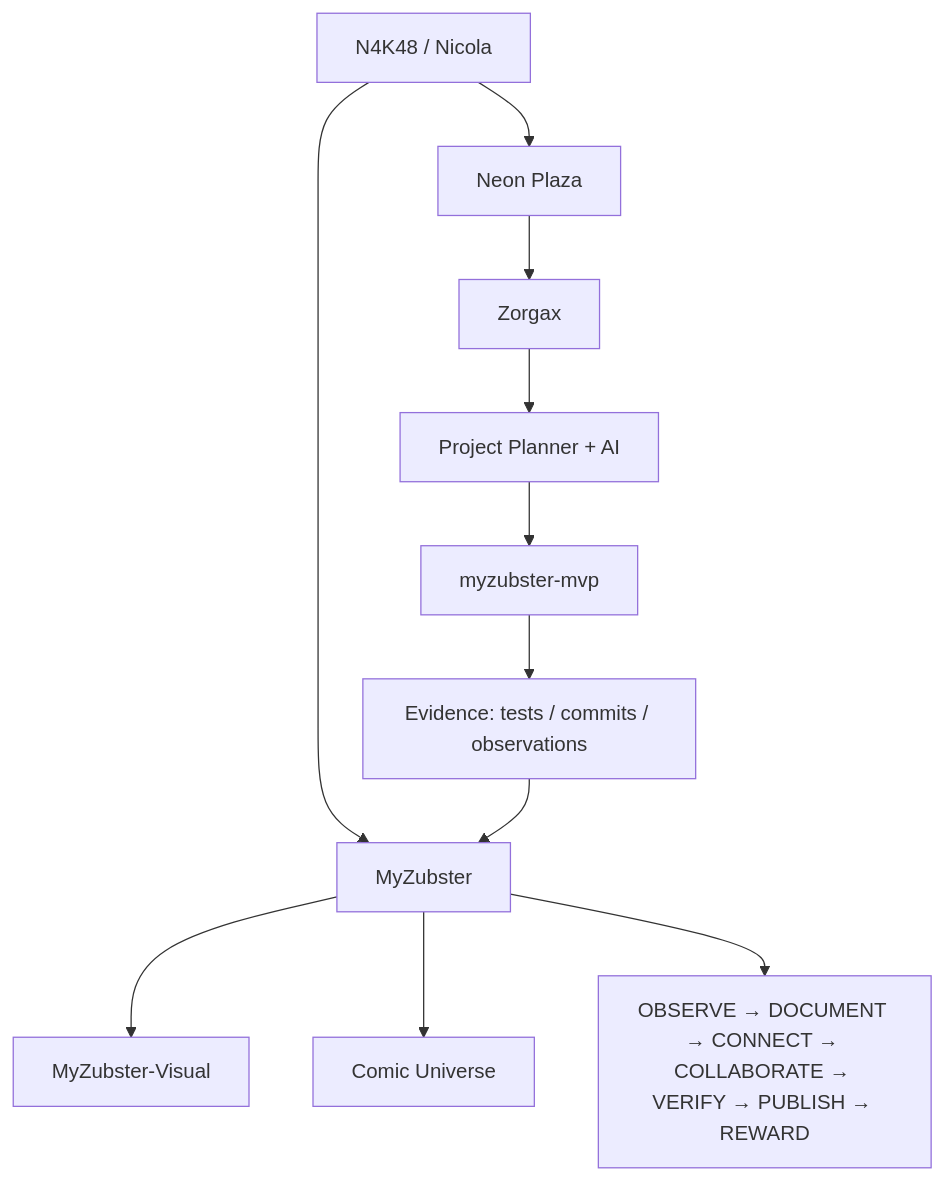
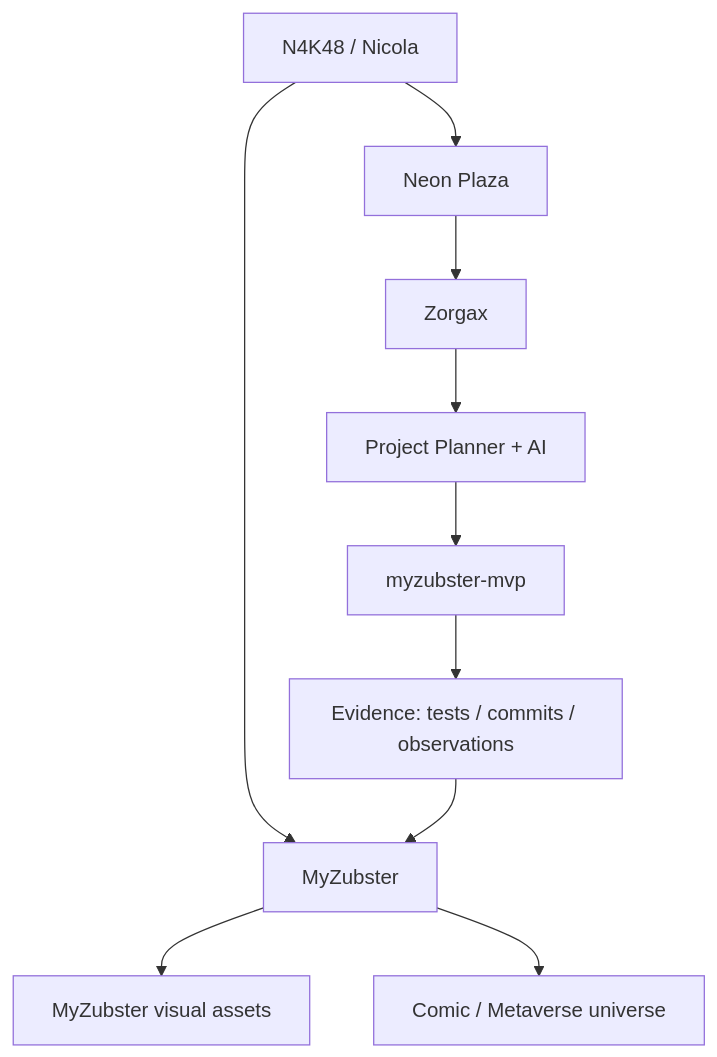
One commit to nicolaususnicola-lgtm/myzubster-mvp changed the diagram in docs/N4K48.md. Above: the diagram before and after it, drawn with Mermaid. The commit also changed other lines of this file, not shown here.

Commit message:
docs: update N4K48 profile with local MyZubster visuals

````diff
--- a/docs/N4K48.md
+++ b/docs/N4K48.md
@@ -80,13 +81,12 @@
 ```mermaid
 flowchart TD
     N["N4K48 / Nicola"] --> P["Neon Plaza"]
     P --> Z["Zorgax"]
     Z --> PP["Project Planner + AI"]
     PP --> R["myzubster-mvp"]
     R --> E["Evidence: tests / commits / observations"]
     N --> M["MyZubster"]
-    M --> V["MyZubster-Visual"]
-    M --> C["Comic Universe"]
-    M --> W["OBSERVE → DOCUMENT → CONNECT → COLLABORATE → VERIFY → PUBLISH → REWARD"]
+    M --> V["MyZubster visual assets"]
+    M --> C["Comic / Metaverse universe"]
     E --> M
 ```
````
